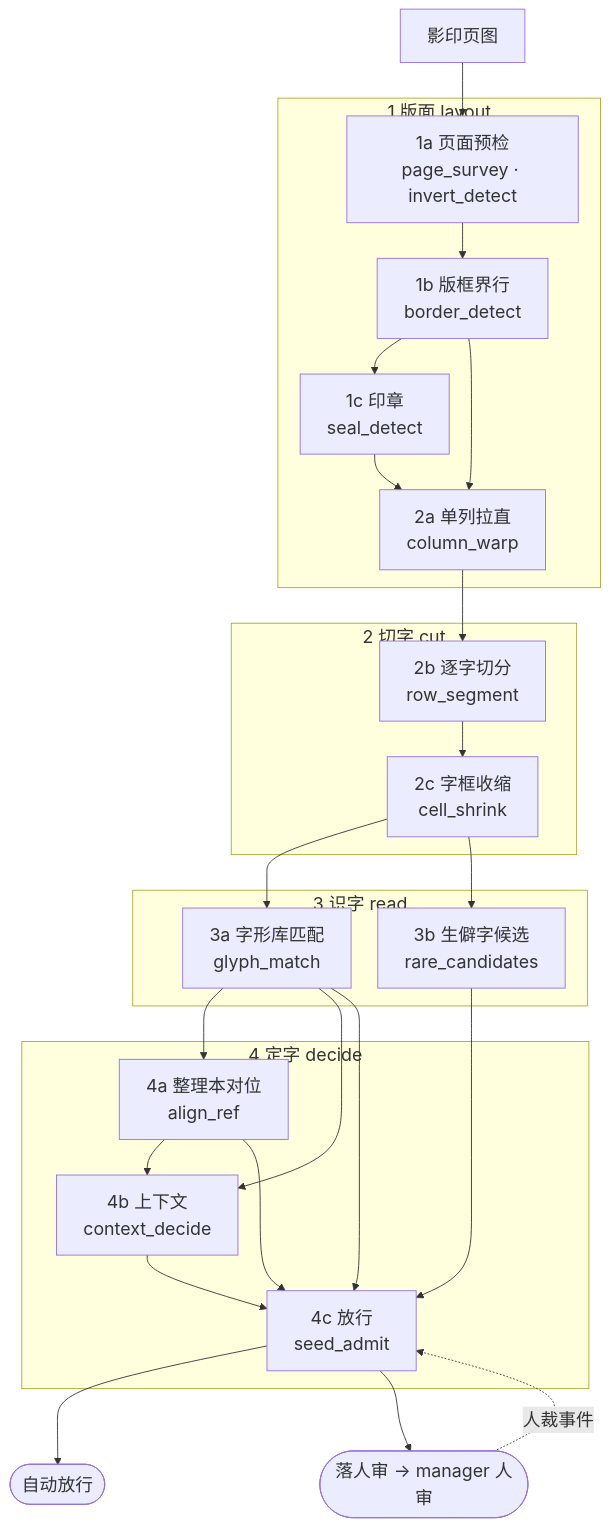
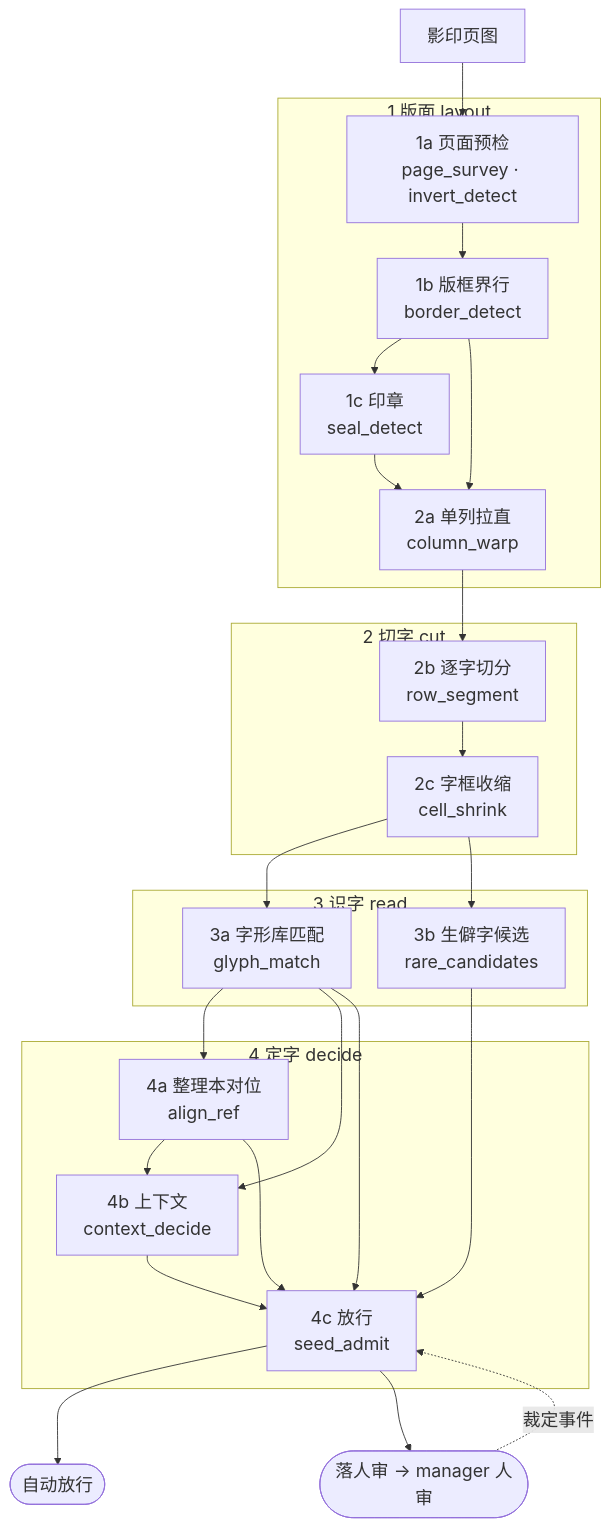
The diagram in wiki/管线全景.md (open-guji/open-guji-cv), drawn with Mermaid before and after one commit. The commit also changed other lines of this file and 27 other files, not shown here.

First line of the commit message:
发布闸 G0/G3c 去掉 rev 判断，规范正文「人裁事件」改称「裁定事件」

````diff
--- a/wiki/管线全景.md
+++ b/wiki/管线全景.md
@@ -18,32 +18,32 @@
 ```mermaid
 %%{init: {"themeVariables": {"fontSize": "20px"}, "flowchart": {"nodeSpacing": 30, "rankSpacing": 40}}}%%
 flowchart TD
   raw[影印页图]
   subgraph L["1 版面 layout"]
     s0["1a 页面预检<br/>page_survey · invert_detect"] --> s1["1b 版框界行<br/>border_detect"]
     s1 --> seal["1c 印章<br/>seal_detect"]
     s1 --> s2["2a 单列拉直<br/>column_warp"]
     seal --> s2
   end
   subgraph C["2 切字 cut"]
     s3["2b 逐字切分<br/>row_segment"] --> s4["2c 字框收缩<br/>cell_shrink"]
   end
   subgraph R["3 识字 read"]
     a["3a 字形库匹配<br/>glyph_match"]
     b["3b 生僻字候选<br/>rare_candidates"]
   end
   subgraph D["4 定字 decide"]
     d["4a 整理本对位<br/>align_ref"]
     s6["4b 上下文<br/>context_decide"] --> s7["4c 放行<br/>seed_admit"]
   end
   raw --> s0
   s2 --> s3
   s4 --> a & b
   a --> d
   a --> s6
   d --> s6
   a & b & d --> s7
   s7 --> auto([自动放行])
   s7 --> rev([落人审 → manager 人审])
-  rev -. 人裁事件 .-> s7
+  rev -. 裁定事件 .-> s7
 ```
````
